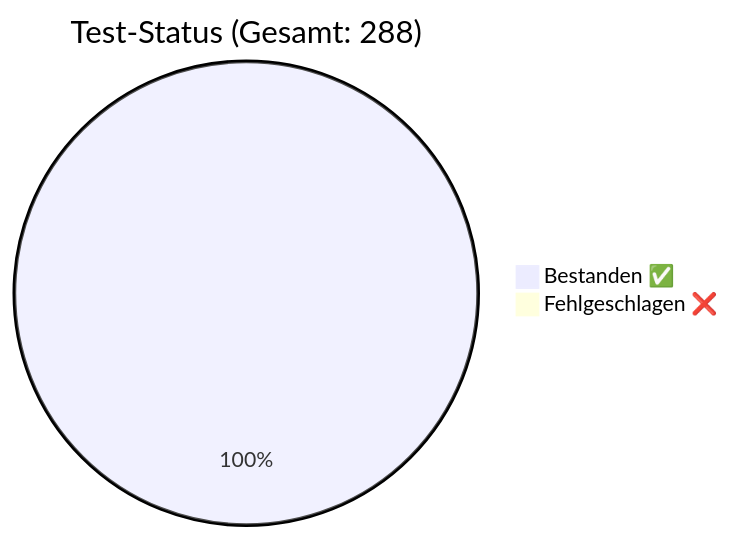
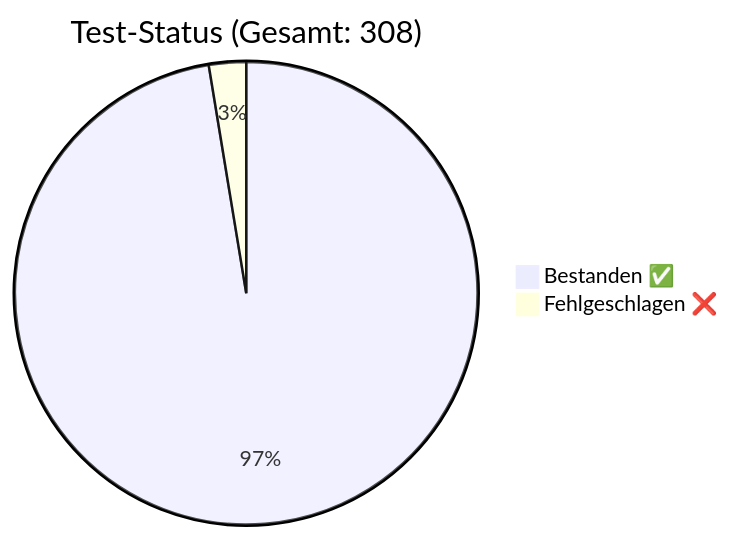
The diagram in docs/QA_Report.md (rorila/GCS), drawn with Mermaid before and after one commit. The commit also changed other lines of this file and 23 other files, not shown here.

````diff
--- a/docs/QA_Report.md
+++ b/docs/QA_Report.md
@@ -8,5 +8,5 @@
 ```mermaid
-pie title Test-Status (Gesamt: 288)
-    "Bestanden ✅" : 288
-    "Fehlgeschlagen ❌" : 0
+pie title Test-Status (Gesamt: 308)
+    "Bestanden ✅" : 300
+    "Fehlgeschlagen ❌" : 8
 ```
````
